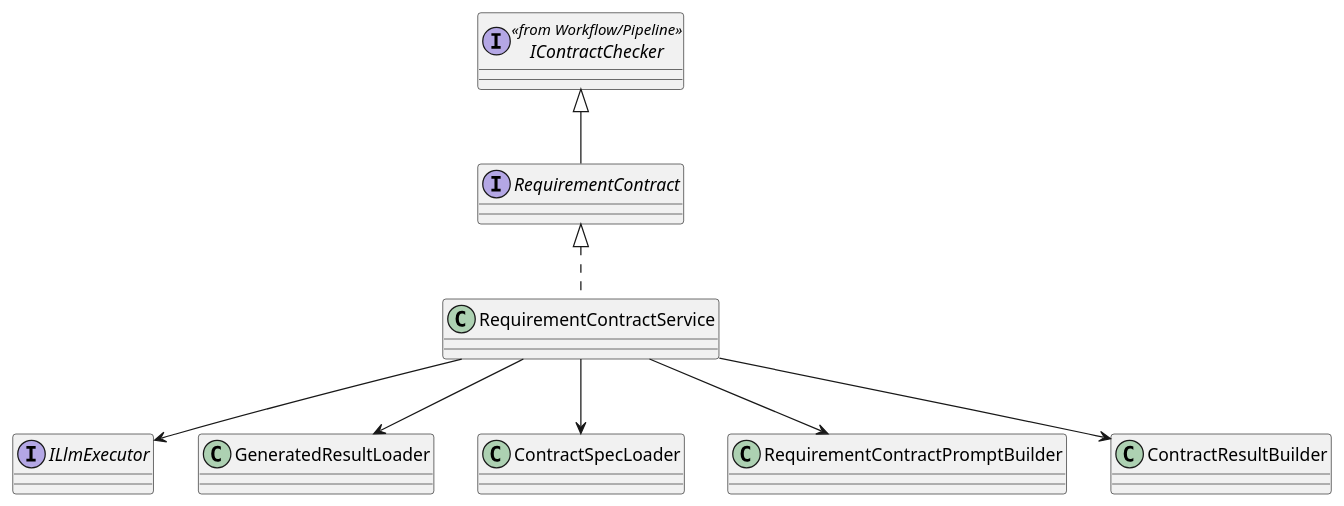
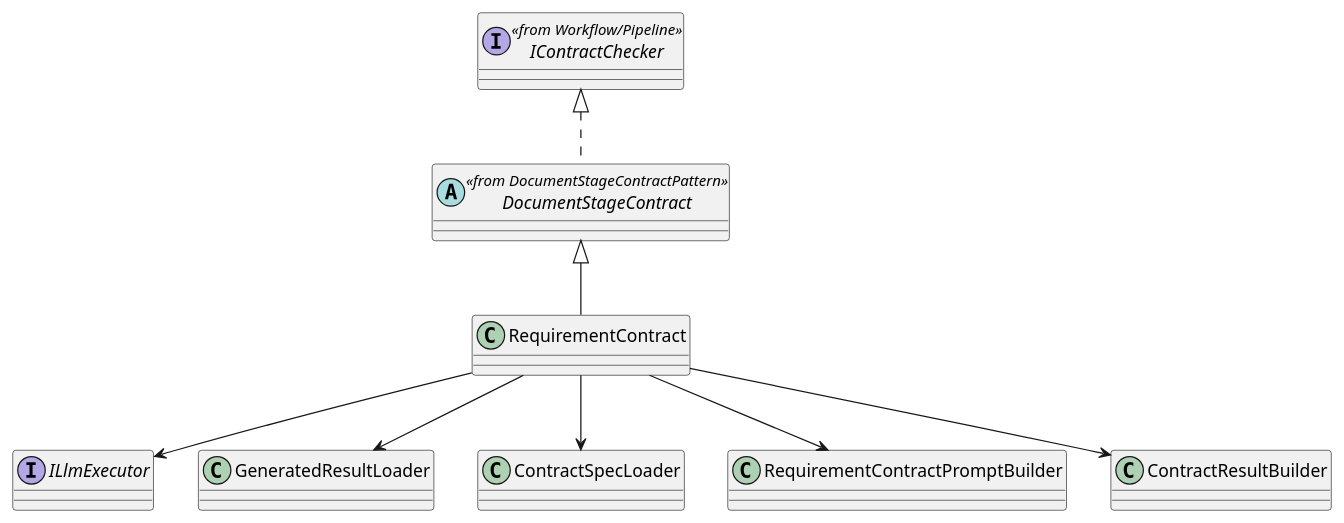
Before and after one commit to lucky-chen/ai_workflow_travel: the first of 2 diagrams in meta_layer/docs/design_docs/Contract/RequirementContract.md, drawn with PlantUML. The commit also changed other lines of this file and 12 other files, not shown here.

First line of the commit message:
[AI] gpt-5.4: align stage pipeline document io flow

````diff
--- a/meta_layer/docs/design_docs/Contract/RequirementContract.md
+++ b/meta_layer/docs/design_docs/Contract/RequirementContract.md
@@ -43,21 +43,21 @@
 ```plantuml
 @startuml
 interface IContractChecker <<from Workflow/Pipeline>>
-interface RequirementContract
 interface ILlmExecutor
+abstract class DocumentStageContract <<from DocumentStageContractPattern>>
 
-class RequirementContractService
+class RequirementContract
 class GeneratedResultLoader
 class ContractSpecLoader
 class RequirementContractPromptBuilder
 class ContractResultBuilder
 
-IContractChecker <|-- RequirementContract
-RequirementContract <|.. RequirementContractService
-RequirementContractService --> GeneratedResultLoader
-RequirementContractService --> ContractSpecLoader
-RequirementContractService --> RequirementContractPromptBuilder
-RequirementContractService --> ILlmExecutor
-RequirementContractService --> ContractResultBuilder
+IContractChecker <|.. DocumentStageContract
+DocumentStageContract <|-- RequirementContract
+RequirementContract --> GeneratedResultLoader
+RequirementContract --> ContractSpecLoader
+RequirementContract --> RequirementContractPromptBuilder
+RequirementContract --> ILlmExecutor
+RequirementContract --> ContractResultBuilder
 @enduml
 ```
````
